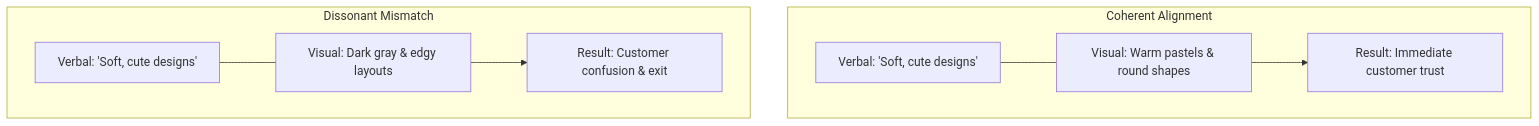
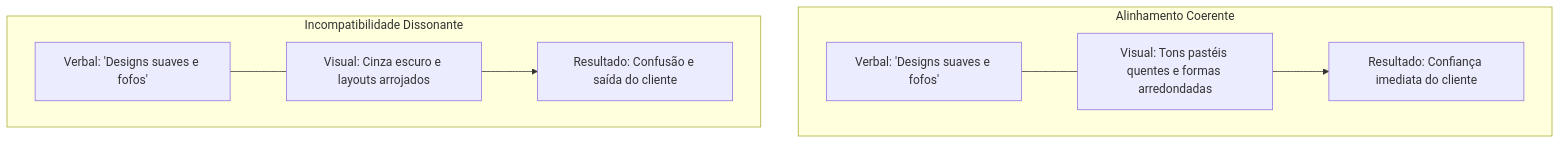
One commit to tupynambalucas/tupynambalucas changed the diagram in knowledge-base/collections/namespaces/portal/locales/pt-BR/docs/workspaces/studio/explanation/methodology/branding-principles.mdx. Above: the diagram before and after it, drawn with Mermaid. The commit also changed other lines of this file, not shown here.

````diff
--- a/knowledge-base/collections/namespaces/portal/locales/pt-BR/docs/workspaces/studio/explanation/methodology/branding-principles.mdx
+++ b/knowledge-base/collections/namespaces/portal/locales/pt-BR/docs/workspaces/studio/explanation/methodology/branding-principles.mdx
@@ -43,13 +41,13 @@
 ```mermaid
 graph TD
     direction TD
-    subgraph Coherent ["Coherent Alignment"]
-        A["Verbal: 'Soft, cute designs'"] --- B["Visual: Warm pastels & round shapes"]
-        B --> C["Result: Immediate customer trust"]
+    subgraph Coherent ["Alinhamento Coerente"]
+        A["Verbal: 'Designs suaves e fofos'"] --- B["Visual: Tons pastéis quentes e formas arredondadas"]
+        B --> C["Resultado: Confiança imediata do cliente"]
     end
 
-    subgraph Dissonant ["Dissonant Mismatch"]
-        D["Verbal: 'Soft, cute designs'"] --- E["Visual: Dark gray & edgy layouts"]
-        E --> F["Result: Customer confusion & exit"]
+    subgraph Dissonant ["Incompatibilidade Dissonante"]
+        D["Verbal: 'Designs suaves e fofos'"] --- E["Visual: Cinza escuro e layouts arrojados"]
+        E --> F["Resultado: Confusão e saída do cliente"]
     end
 ```
````
